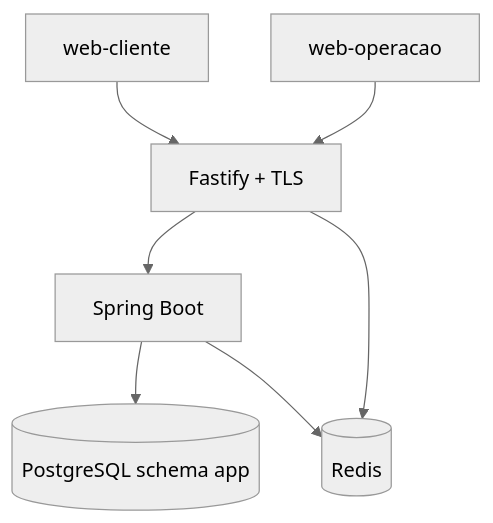
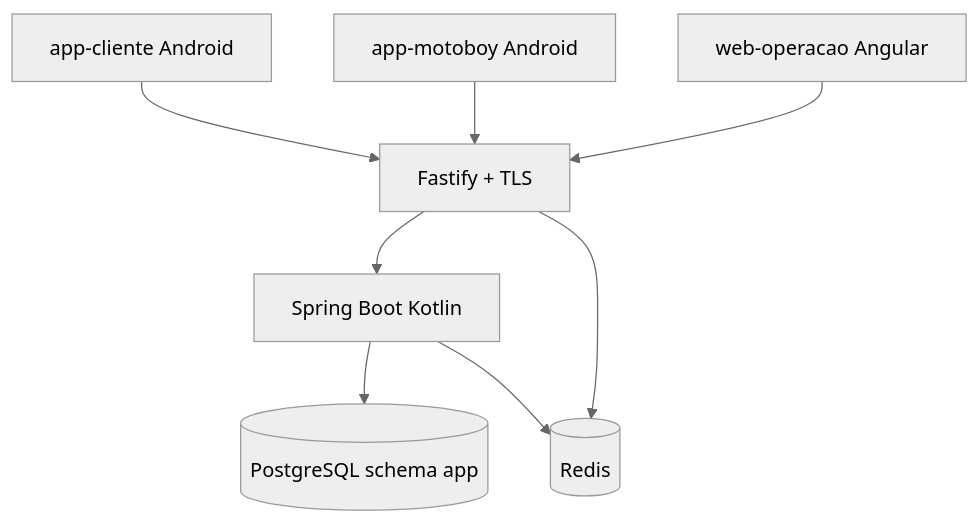
Before and after one commit to umishell/VEGGO: the fifth of 5 diagrams in foundation/pitch_delivery.md, drawn with Mermaid (neutral theme). The commit also changed other lines of this file and 39 other files, not shown here.

````diff
--- a/foundation/pitch_delivery.md
+++ b/foundation/pitch_delivery.md
@@ -205,15 +223,17 @@
 ```mermaid
 flowchart TB
-  RC[web-cliente]
-  AG[web-operacao]
+  AC[app-cliente Android]
+  AM[app-motoboy Android]
+  AG[web-operacao Angular]
   FY[Fastify + TLS]
-  SB[Spring Boot]
+  SB[Spring Boot Kotlin]
   PG[(PostgreSQL schema app)]
   RD[(Redis)]
-  RC --> FY
+  AC --> FY
+  AM --> FY
   AG --> FY
   FY --> SB
   SB --> PG
   FY --> RD
   SB --> RD
 ```
````
